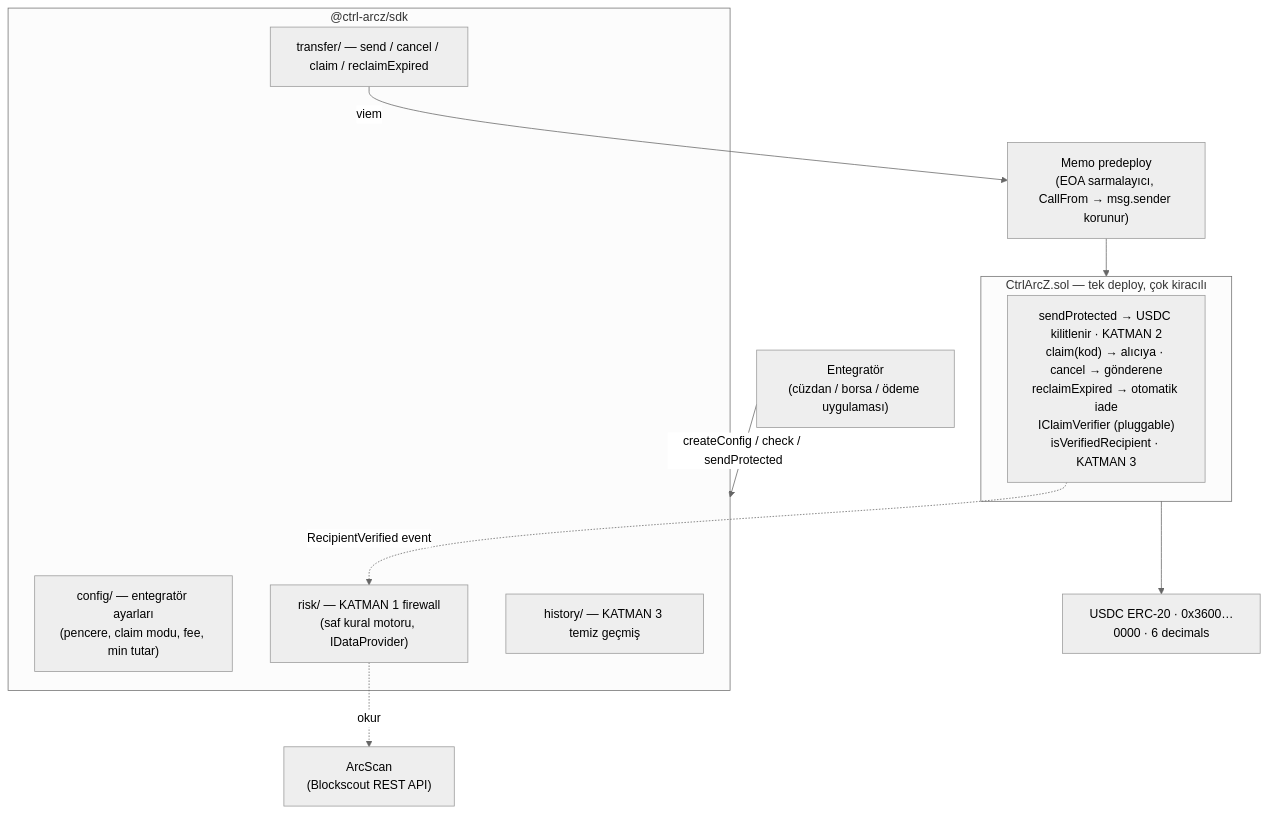
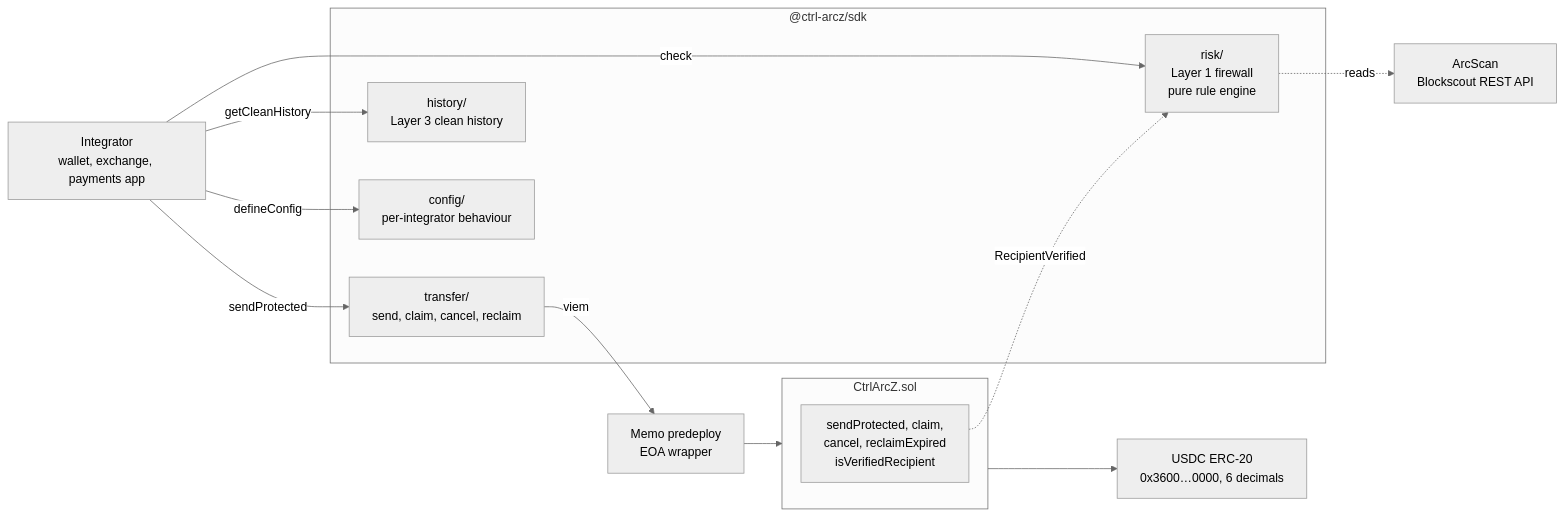
Before and after one commit to Farukest/Ctrl-ArcZ: the first of 4 diagrams in README.md, drawn with Mermaid (neutral theme). The commit also changed other lines of this file and 13 other files, not shown here.

````diff
--- a/README.md
+++ b/README.md
@@ -35,27 +65,30 @@
 ```mermaid
-flowchart TD
-    I["Entegratör<br/>(cüzdan / borsa / ödeme uygulaması)"]
+flowchart LR
+    I["Integrator<br/>wallet, exchange, payments app"]
 
     subgraph SDK["@ctrl-arcz/sdk"]
-        CFG["config/ — entegratör ayarları<br/>(pencere, claim modu, fee, min tutar)"]
-        RISK["risk/ — KATMAN 1 firewall<br/>(saf kural motoru, IDataProvider)"]
-        TR["transfer/ — send / cancel / claim / reclaimExpired"]
-        HIST["history/ — KATMAN 3 temiz geçmiş"]
+        RISK["risk/<br/>Layer 1 firewall<br/>pure rule engine"]
+        TR["transfer/<br/>send, claim, cancel, reclaim"]
+        HIST["history/<br/>Layer 3 clean history"]
+        CFG["config/<br/>per-integrator behaviour"]
     end
 
-    SCOUT["ArcScan<br/>(Blockscout REST API)"]
-    MEMO["Memo predeploy<br/>(EOA sarmalayıcı, CallFrom → msg.sender korunur)"]
+    SCOUT["ArcScan<br/>Blockscout REST API"]
+    MEMO["Memo predeploy<br/>EOA wrapper"]
 
-    subgraph CONTRACT["CtrlArcZ.sol — tek deploy, çok kiracılı"]
-        C2["sendProtected → USDC kilitlenir · KATMAN 2<br/>claim(kod) → alıcıya · cancel → gönderene<br/>reclaimExpired → otomatik iade<br/>IClaimVerifier (pluggable)<br/>isVerifiedRecipient · KATMAN 3"]
+    subgraph C["CtrlArcZ.sol"]
+        SM["sendProtected, claim,<br/>cancel, reclaimExpired<br/>isVerifiedRecipient"]
     end
 
-    USDC["USDC ERC-20 · 0x3600…0000 · 6 decimals"]
+    USDC["USDC ERC-20<br/>0x3600…0000, 6 decimals"]
 
-    I -->|createConfig / check / sendProtected| SDK
-    RISK -.->|okur| SCOUT
+    I -->|check| RISK
+    I -->|sendProtected| TR
+    I -->|getCleanHistory| HIST
+    I -->|defineConfig| CFG
+    RISK -.->|reads| SCOUT
     TR -->|viem| MEMO
-    MEMO --> CONTRACT
-    CONTRACT --> USDC
-    C2 -.->|RecipientVerified event| RISK
+    MEMO --> C
+    C --> USDC
+    SM -.->|RecipientVerified| RISK
 ```
````
